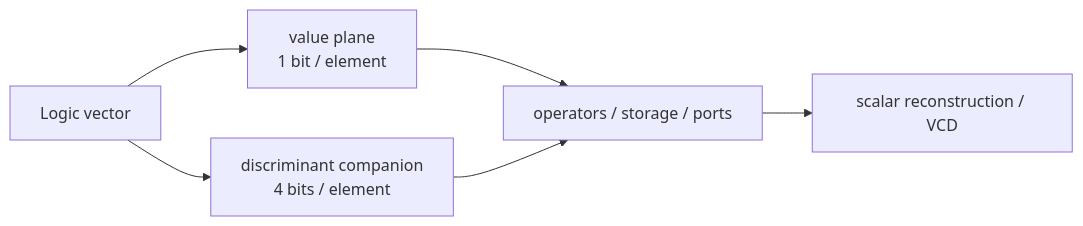
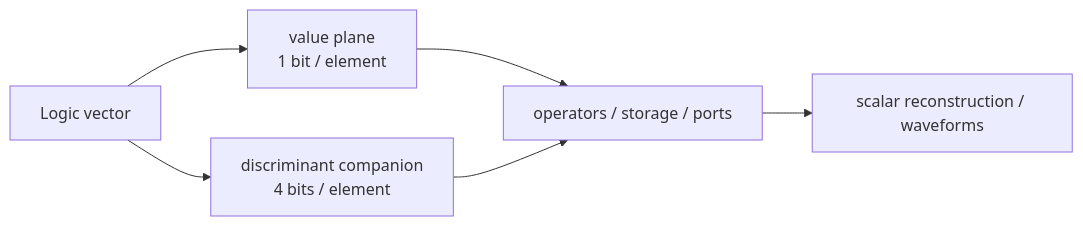
The diagram in docs/proposals/xz-vector-propagation.md (Siox-lang/sioxc), drawn with Mermaid before and after one commit. The commit also changed other lines of this file and 8 other files, not shown here.

````diff
--- a/docs/proposals/xz-vector-propagation.md
+++ b/docs/proposals/xz-vector-propagation.md
@@ -17,8 +17,8 @@
 ```mermaid
 flowchart LR
     SRC["Logic vector"] --> VALUE["value plane<br/>1 bit / element"]
     SRC --> DISC["discriminant companion<br/>4 bits / element"]
     VALUE --> OP["operators / storage / ports"]
     DISC --> OP
-    OP --> READ["scalar reconstruction / VCD"]
+    OP --> READ["scalar reconstruction / waveforms"]
 ```
````
